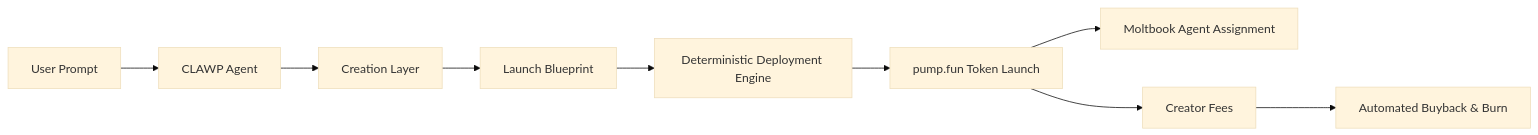
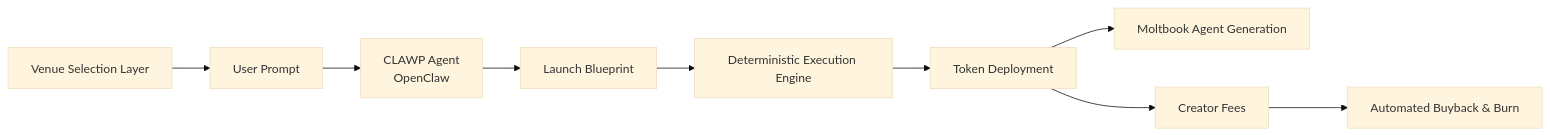
Before and after one commit to Clawpad/.github: the diagram in profile/README.md, drawn with Mermaid (base theme). The commit also changed other lines of this file, not shown here.

First line of the commit message:
docs: update README for multi-chain ClawPad architecture

````diff
--- a/profile/README.md
+++ b/profile/README.md
@@ -40,11 +73,11 @@
- ```mermaid
+```mermaid
 graph LR
-    U[User Prompt] --> A[CLAWP Agent]
-    A --> C[Creation Layer]
-    C --> B[Launch Blueprint]
-    B --> D[Deterministic Deployment Engine]
-    D --> P[pump.fun Token Launch]
-    P --> M[Moltbook Agent Assignment]
-    P --> F[Creator Fees]
+    V[Venue Selection Layer] --> U[User Prompt]
+    U --> A[CLAWP Agent<br/>OpenClaw]
+    A --> B[Launch Blueprint]
+    B --> E[Deterministic Execution Engine]
+    E --> T[Token Deployment]
+    T --> M[Moltbook Agent Generation]
+    T --> F[Creator Fees]
     F --> BB[Automated Buyback & Burn]
 ```
````
